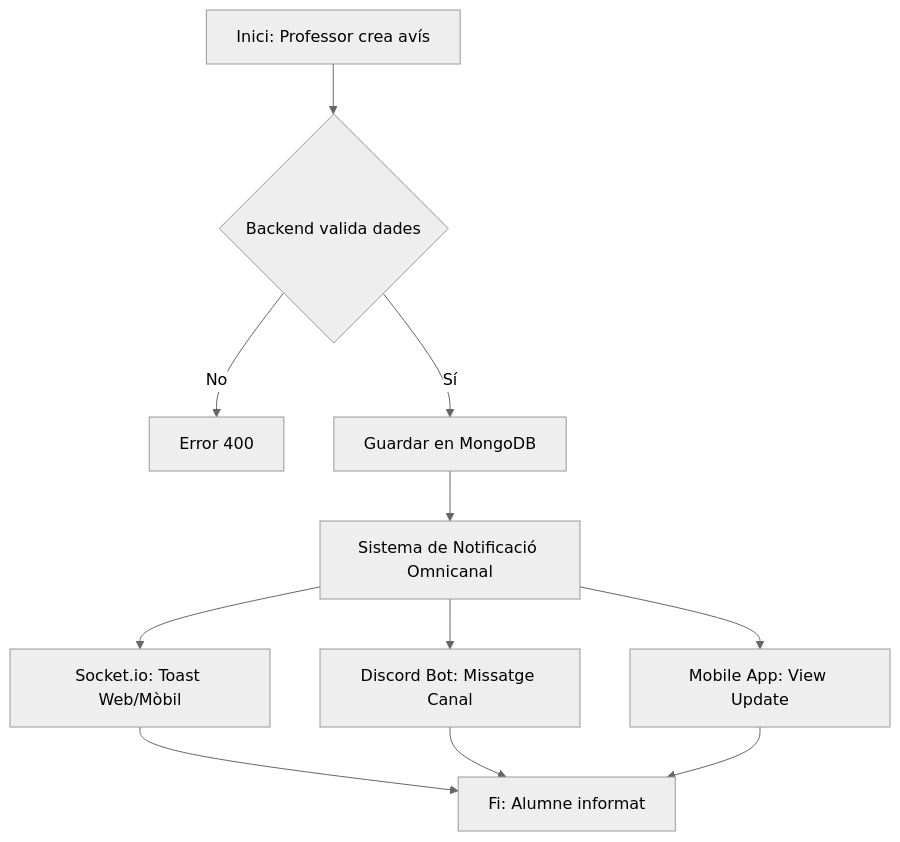
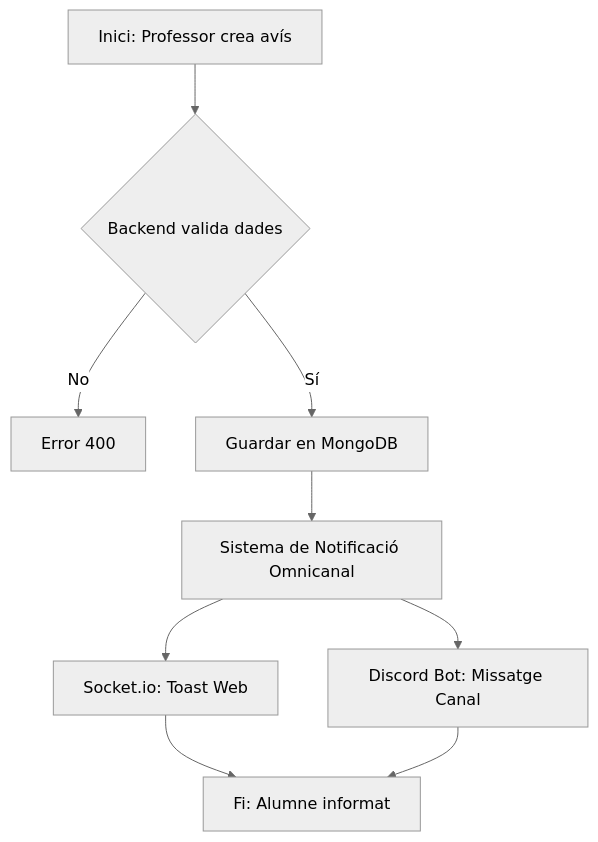
The second of 2 diagrams in doc/C-Disseny/Activity-Diagram.md (inspedralbes/projecte-final-2025-26-dam-tf-educonnect-arnaumarc), drawn with Mermaid (neutral theme) before and after one commit. The commit also changed other lines of this file and 52 other files, not shown here.

````diff
--- a/doc/C-Disseny/Activity-Diagram.md
+++ b/doc/C-Disseny/Activity-Diagram.md
@@ -31,13 +29,11 @@
 ```mermaid
 graph TD
     A[Inici: Professor crea avís] --> B{Backend valida dades}
     B -- No --> C[Error 400]
     B -- Sí --> D[Guardar en MongoDB]
     D --> E[Sistema de Notificació Omnicanal]
-    E --> F[Socket.io: Toast Web/Mòbil]
+    E --> F[Socket.io: Toast Web]
     E --> G[Discord Bot: Missatge Canal]
-    E --> H[Mobile App: View Update]
     F --> I[Fi: Alumne informat]
     G --> I
-    H --> I
 ```
````
